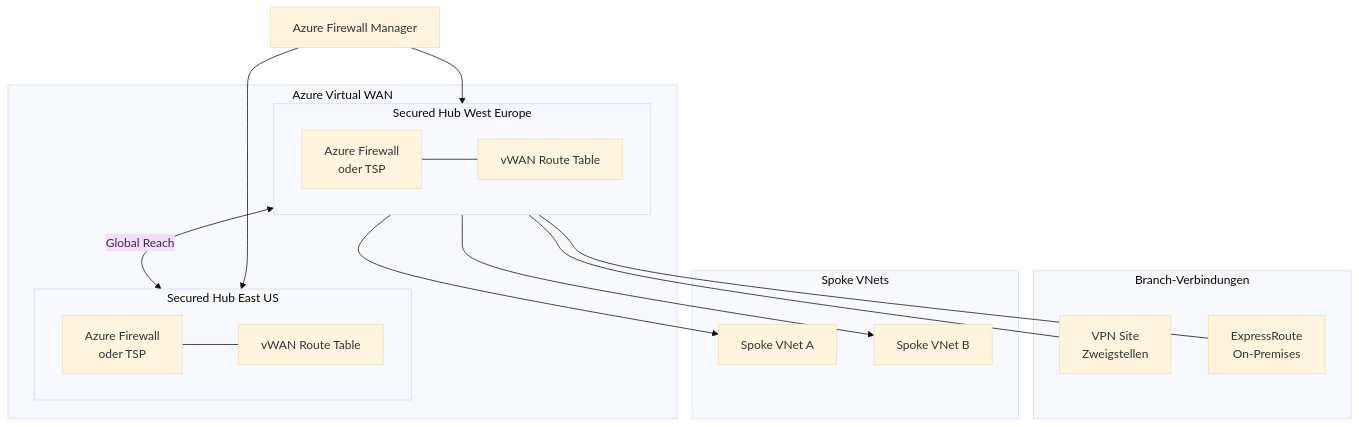
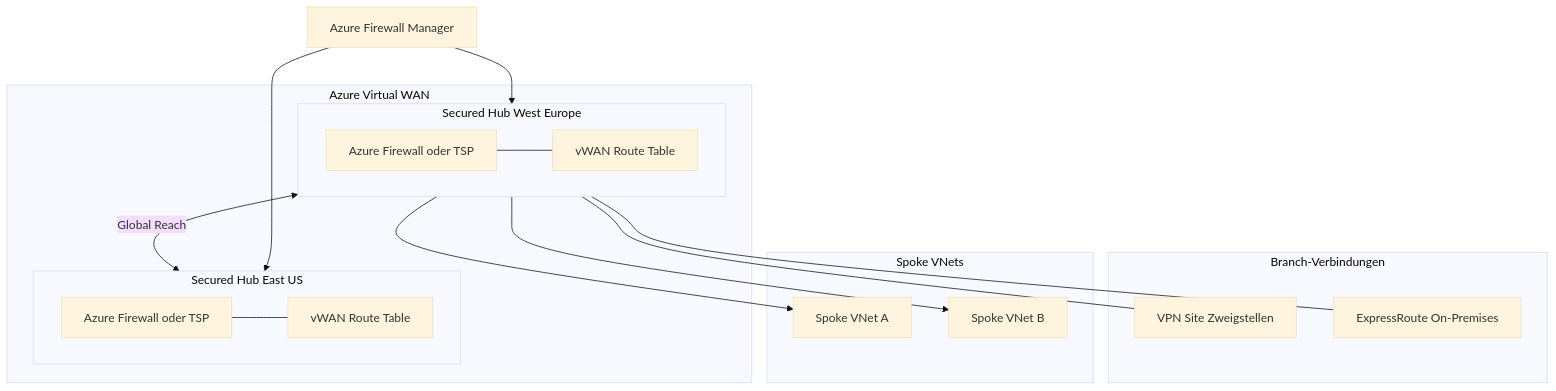
Before and after one commit to SoniiiT/notes-n-docs: the second of 3 diagrams in Microsoft 365/Azure/Sicherheit/Azure Firewall Manager.md, drawn with Mermaid (base theme). The commit also changed other lines of this file and 124 other files, not shown here.

First line of the commit message:
fix: Entferne \n aus allen Mermaid-Diagrammen (125 Dateien)

````diff
--- a/Microsoft 365/Azure/Sicherheit/Azure Firewall Manager.md
+++ b/Microsoft 365/Azure/Sicherheit/Azure Firewall Manager.md
@@ -163,37 +163,37 @@
 ```mermaid
 graph TD
     FWM["Azure Firewall Manager"]
 
     subgraph VWAN["Azure Virtual WAN"]
         subgraph SH1["Secured Hub West Europe"]
-            AFW1["Azure Firewall\noder TSP"]
+            AFW1["Azure Firewall oder TSP"]
             RT1["vWAN Route Table"]
             AFW1 --- RT1
         end
         subgraph SH2["Secured Hub East US"]
-            AFW2["Azure Firewall\noder TSP"]
+            AFW2["Azure Firewall oder TSP"]
             RT2["vWAN Route Table"]
             AFW2 --- RT2
         end
         SH1 <-->|"Global Reach"| SH2
     end
 
     FWM --> SH1
     FWM --> SH2
 
     subgraph BRANCH["Branch-Verbindungen"]
-        VPN["VPN Site\nZweigstellen"]
-        ER["ExpressRoute\nOn-Premises"]
+        VPN["VPN Site Zweigstellen"]
+        ER["ExpressRoute On-Premises"]
     end
 
     SH1 --- VPN
     SH1 --- ER
 
     subgraph SPOKES_V["Spoke VNets"]
         SV1["Spoke VNet A"]
         SV2["Spoke VNet B"]
     end
 
     SH1 --> SV1
     SH1 --> SV2
 ```
````
